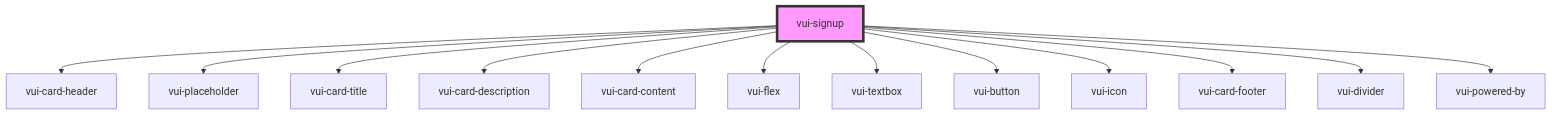
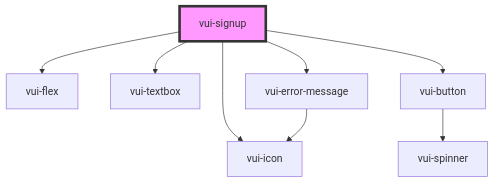
One commit to verite-team/verite-elements changed the diagram in packages/stencil-library/src/components/signup/readme.md. Above: the diagram before and after it, drawn with Mermaid. The commit also changed other lines of this file and 28 other files, not shown here.

````diff
--- a/packages/stencil-library/src/components/signup/readme.md
+++ b/packages/stencil-library/src/components/signup/readme.md
@@ -49,16 +38,11 @@
 ```mermaid
 graph TD;
-  vui-signup --> vui-card-header
-  vui-signup --> vui-placeholder
-  vui-signup --> vui-card-title
-  vui-signup --> vui-card-description
-  vui-signup --> vui-card-content
   vui-signup --> vui-flex
   vui-signup --> vui-textbox
+  vui-signup --> vui-error-message
   vui-signup --> vui-button
   vui-signup --> vui-icon
-  vui-signup --> vui-card-footer
-  vui-signup --> vui-divider
-  vui-signup --> vui-powered-by
+  vui-error-message --> vui-icon
+  vui-button --> vui-spinner
   style vui-signup fill:#f9f,stroke:#333,stroke-width:4px
 ```
````
